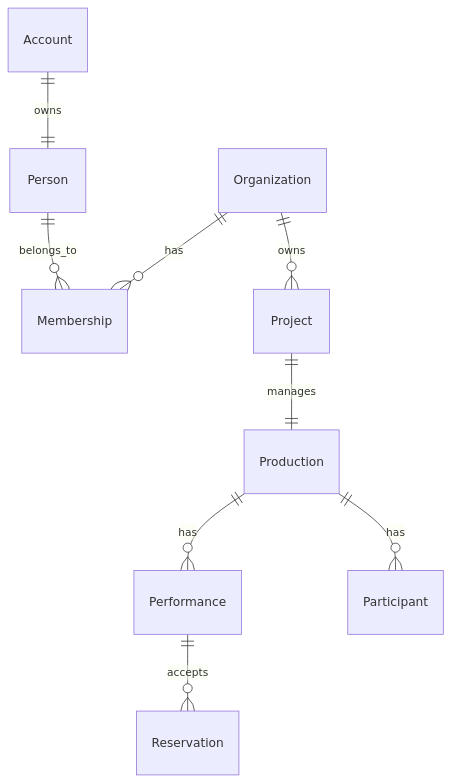
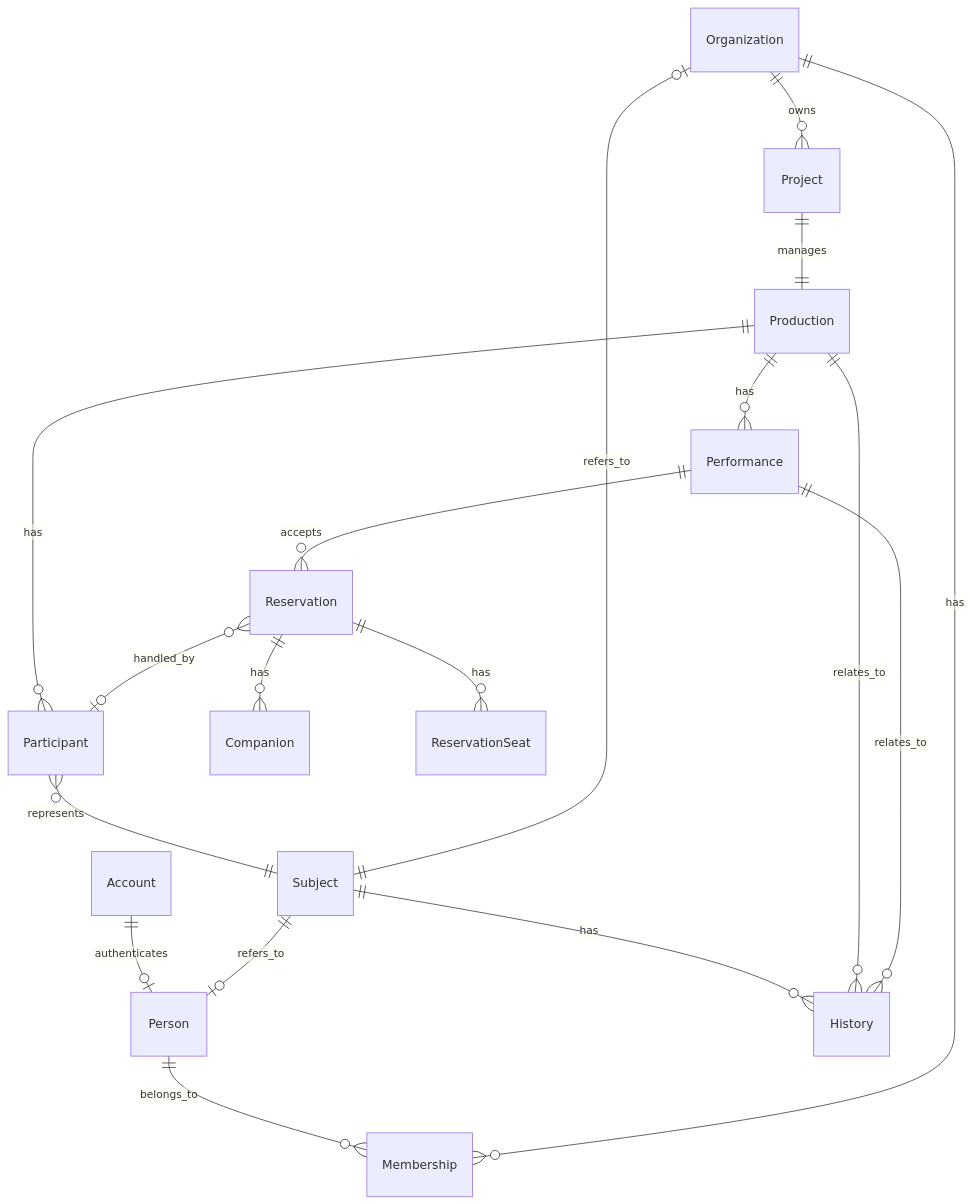
One commit to nisehatakiti/StageArt changed the diagram in docs/05-ERDiagram/ConceptualER.md. Above: the diagram before and after it, drawn with Mermaid. The commit also changed other lines of this file, not shown here.

````diff
--- a/docs/05-ERDiagram/ConceptualER.md
+++ b/docs/05-ERDiagram/ConceptualER.md
@@ -16,19 +19,29 @@
 ```mermaid
 erDiagram
 
-    Account ||--|| Person : owns
+    Account ||--o| Person : authenticates
 
     Person ||--o{ Membership : belongs_to
     Organization ||--o{ Membership : has
 
     Organization ||--o{ Project : owns
-
     Project ||--|| Production : manages
 
     Production ||--o{ Performance : has
+    Production ||--o{ Participant : has
 
-    Production ||--o{ Participant : has
+    Participant }o--|| Subject : represents
+    Subject ||--o| Person : refers_to
+    Subject ||--o| Organization : refers_to
 
     Performance ||--o{ Reservation : accepts
 
+    Reservation }o--o| Participant : handled_by
+    Reservation ||--o{ Companion : has
+    Reservation ||--o{ ReservationSeat : has
+
+    Subject ||--o{ History : has
+
+    Production ||--o{ History : relates_to
+    Performance ||--o{ History : relates_to
 ```
````
